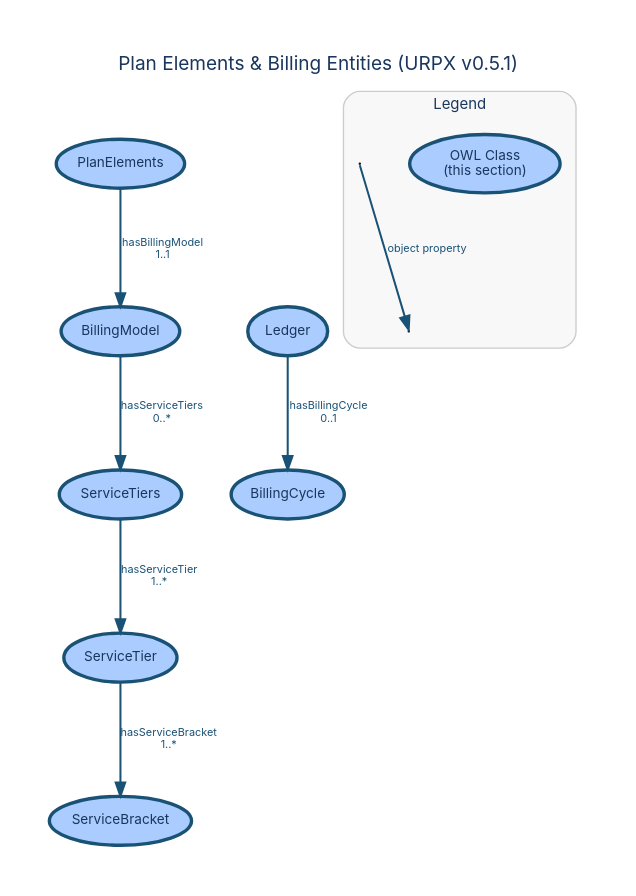
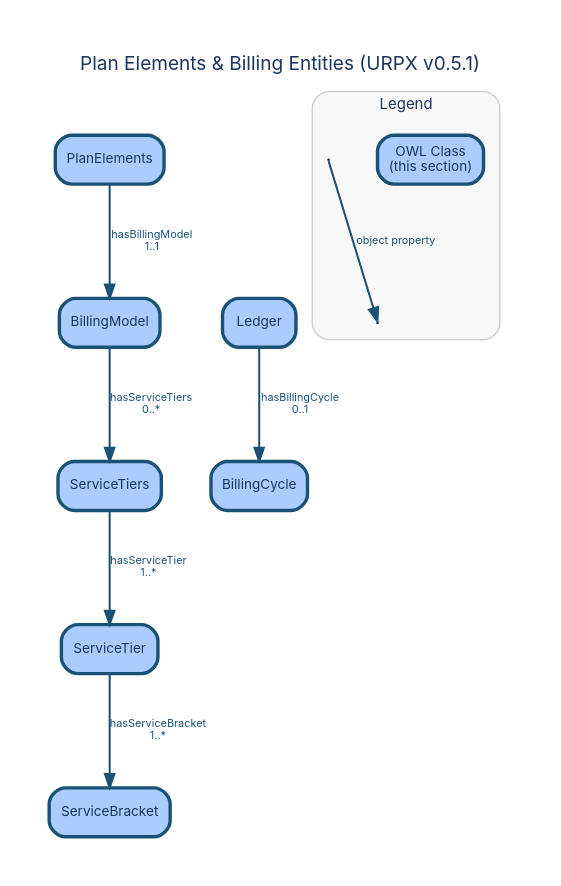
One commit to urpx-org/urpx changed the diagram in documentation/diagrams/dictionary/plan-elements-billing-entities.dot. Above: the diagram before and after it, drawn with Graphviz. The commit also changed 43 other files, not shown here.

```diff
--- a/documentation/diagrams/dictionary/plan-elements-billing-entities.dot
+++ b/documentation/diagrams/dictionary/plan-elements-billing-entities.dot
@@ -1,83 +1,83 @@
 digraph "Plan Elements & Billing Entities" {
     rankdir=TB;
     bgcolor="white";
     pad=0.4;
     nodesep=0.5;
     ranksep=0.9;
     fontname="Inter, Helvetica, Arial, sans-serif";
     label="Plan Elements & Billing Entities (URPX v0.5.1)";
     labelloc="t";
     fontsize=14;
     fontcolor="#1a365d";
     node [fontname="Inter, Helvetica, Arial, sans-serif", fontsize=10, style=filled, fontcolor="#1a365d"];
     edge [fontname="Inter, Helvetica, Arial, sans-serif", fontsize=8, fontcolor="#1a365d"];
 
     // Section classes
     PlanElements [
         label="PlanElements"
-        shape=ellipse, fillcolor="#aaccff", color="#1a5276", penwidth=2.5
+        shape=box, style="filled,rounded", fillcolor="#aaccff", color="#1a5276", penwidth=2.5
     ];
     BillingModel [
         label="BillingModel"
-        shape=ellipse, fillcolor="#aaccff", color="#1a5276", penwidth=2.5
+        shape=box, style="filled,rounded", fillcolor="#aaccff", color="#1a5276", penwidth=2.5
     ];
     BillingCycle [
         label="BillingCycle"
-        shape=ellipse, fillcolor="#aaccff", color="#1a5276", penwidth=2.5
+        shape=box, style="filled,rounded", fillcolor="#aaccff", color="#1a5276", penwidth=2.5
     ];
     Ledger [
         label="Ledger"
-        shape=ellipse, fillcolor="#aaccff", color="#1a5276", penwidth=2.5
+        shape=box, style="filled,rounded", fillcolor="#aaccff", color="#1a5276", penwidth=2.5
     ];
     ServiceTier [
         label="ServiceTier"
-        shape=ellipse, fillcolor="#aaccff", color="#1a5276", penwidth=2.5
+        shape=box, style="filled,rounded", fillcolor="#aaccff", color="#1a5276", penwidth=2.5
     ];
     ServiceTiers [
         label="ServiceTiers"
-        shape=ellipse, fillcolor="#aaccff", color="#1a5276", penwidth=2.5
+        shape=box, style="filled,rounded", fillcolor="#aaccff", color="#1a5276", penwidth=2.5
     ];
     ServiceBracket [
         label="ServiceBracket"
-        shape=ellipse, fillcolor="#aaccff", color="#1a5276", penwidth=2.5
+        shape=box, style="filled,rounded", fillcolor="#aaccff", color="#1a5276", penwidth=2.5
     ];
 
     // Object property edges
     PlanElements -> BillingModel [
         label="hasBillingModel\n1..1", color="#1a5276", fontcolor="#1a5276", penwidth=1.5, weight=10
     ];
     BillingModel -> ServiceTiers [
         label="hasServiceTiers\n0..*", color="#1a5276", fontcolor="#1a5276", penwidth=1.5, weight=8
     ];
     Ledger -> BillingCycle [
         label="hasBillingCycle\n0..1", color="#1a5276", fontcolor="#1a5276", penwidth=1.5
     ];
     ServiceTier -> ServiceBracket [
         label="hasServiceBracket\n1..*", color="#1a5276", fontcolor="#1a5276", penwidth=1.5
     ];
     ServiceTiers -> ServiceTier [
         label="hasServiceTier\n1..*", color="#1a5276", fontcolor="#1a5276", penwidth=1.5, weight=8
     ];
 
     // Layout-specified rank groups
     { rank=same; PlanElements; }
     { rank=same; BillingModel; Ledger; }
     { rank=same; BillingCycle; ServiceTiers; }
     { rank=same; ServiceTier; }
 
     subgraph cluster_legend {
         label="Legend";
         fontname="Inter, Helvetica, Arial, sans-serif";
         fontsize=11;
         fontcolor="#1a365d";
         style=rounded;
         color="#cccccc";
         bgcolor="#f8f8f8";
         margin=12;
 
-        leg_class [label="OWL Class\n(this section)", shape=ellipse, fillcolor="#aaccff", color="#1a5276", penwidth=2.5];
+        leg_class [label="OWL Class\n(this section)", shape=box, style="filled,rounded", fillcolor="#aaccff", color="#1a5276", penwidth=2.5];
         leg_src [label=" ", shape=point, width=0.01];
         leg_tgt1 [label=" ", shape=point, width=0.01];
         leg_src -> leg_tgt1 [label="object property", color="#1a5276", fontcolor="#1a5276", penwidth=1.5];
     }
 }
```
